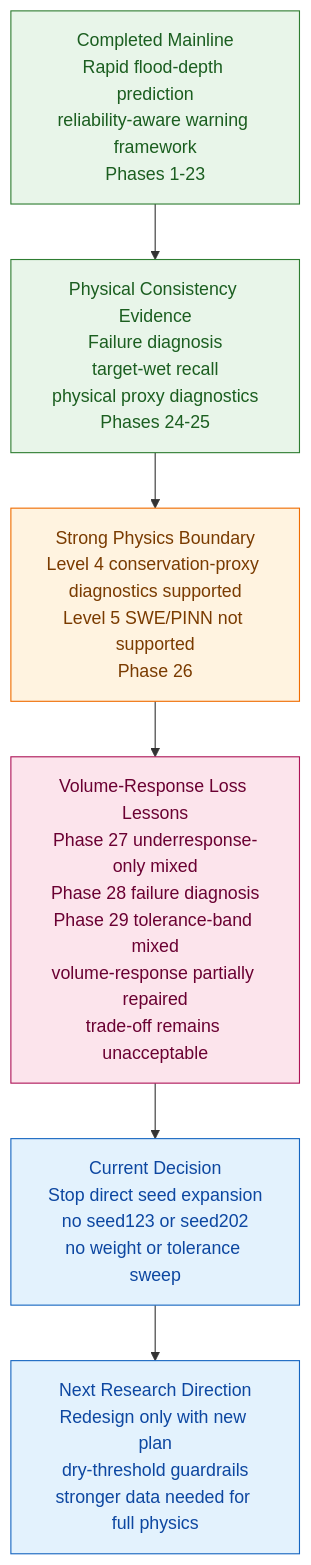
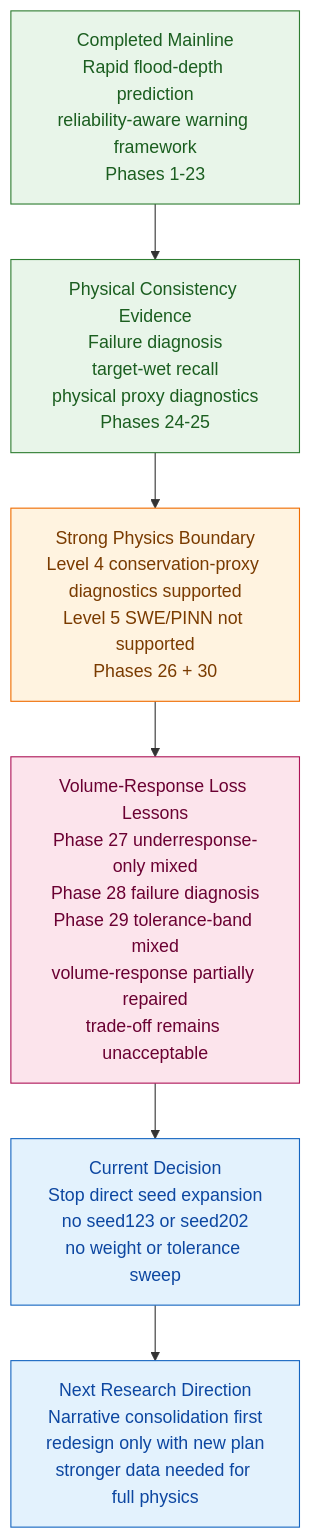
Before and after one commit to HolyLin990604/physics-guided-urban-flood-prediction: the third of 3 diagrams in README.md, drawn with Mermaid. The commit also changed other lines of this file and 2 other files, not shown here.

Commit message:
docs: sync phase30 strong physics boundary status

````diff
--- a/README.md
+++ b/README.md
@@ -444,16 +446,16 @@
 ```mermaid
 flowchart TD
     A["Completed Mainline<br/>Rapid flood-depth prediction<br/>reliability-aware warning framework<br/>Phases 1-23"]:::completed
     B["Physical Consistency Evidence<br/>Failure diagnosis<br/>target-wet recall<br/>physical proxy diagnostics<br/>Phases 24-25"]:::completed
-    C["Strong Physics Boundary<br/>Level 4 conservation-proxy diagnostics supported<br/>Level 5 SWE/PINN not supported<br/>Phase 26"]:::boundary
+    C["Strong Physics Boundary<br/>Level 4 conservation-proxy diagnostics supported<br/>Level 5 SWE/PINN not supported<br/>Phases 26 + 30"]:::boundary
     D["Volume-Response Loss Lessons<br/>Phase 27 underresponse-only mixed<br/>Phase 28 failure diagnosis<br/>Phase 29 tolerance-band mixed<br/>volume-response partially repaired<br/>trade-off remains unacceptable"]:::diagnosis
     E["Current Decision<br/>Stop direct seed expansion<br/>no seed123 or seed202<br/>no weight or tolerance sweep"]:::current
-    F["Next Research Direction<br/>Redesign only with new plan<br/>dry-threshold guardrails<br/>stronger data needed for full physics"]:::current
+    F["Next Research Direction<br/>Narrative consolidation first<br/>redesign only with new plan<br/>stronger data needed for full physics"]:::current
 
     A --> B --> C --> D --> E --> F
 
     classDef completed fill:#e8f5e9,stroke:#2e7d32,color:#1b5e20
     classDef boundary fill:#fff3e0,stroke:#ef6c00,color:#7a3b00
     classDef diagnosis fill:#fce4ec,stroke:#ad1457,color:#6a0032
     classDef current fill:#e3f2fd,stroke:#1565c0,color:#0d47a1
 ```
````
